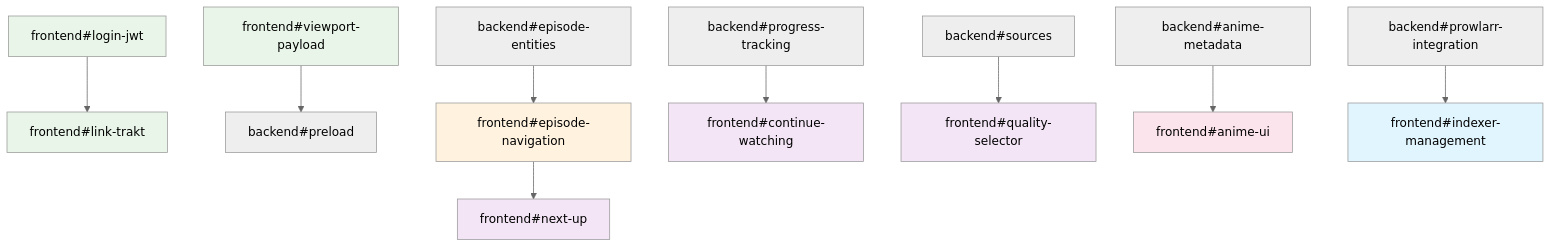
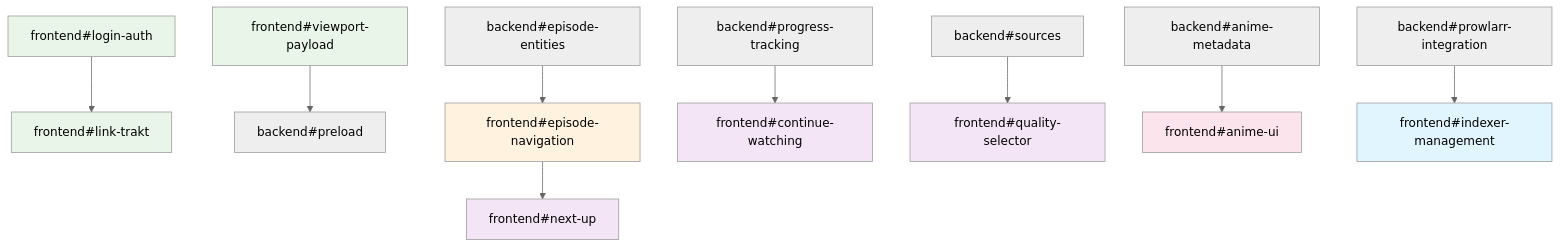
One commit to maury91/miauflix changed the diagram in todo/frontend-todos.md. Above: the diagram before and after it, drawn with Mermaid (neutral theme). The commit also changed other lines of this file and 33 other files, not shown here.

````diff
--- a/todo/frontend-todos.md
+++ b/todo/frontend-todos.md
@@ -551,30 +551,30 @@
 ```mermaid
 graph TD
     %% Priority 1
-    A[frontend#login-jwt] --> B[frontend#link-trakt]
+    A[frontend#login-auth] --> B[frontend#link-trakt]
     C[frontend#viewport-payload] --> D[backend#preload]
 
     %% Priority 2
     E[backend#episode-entities] --> F[frontend#episode-navigation]
 
     %% Priority 3
     G[backend#progress-tracking] --> H[frontend#continue-watching]
     I[backend#sources] --> J[frontend#quality-selector]
     F --> K[frontend#next-up]
 
     %% Priority 4
     L[backend#anime-metadata] --> M[frontend#anime-ui]
 
     %% Priority 6
     N[backend#prowlarr-integration] --> O[frontend#indexer-management]
 
     style A fill:#e8f5e8
     style B fill:#e8f5e8
     style C fill:#e8f5e8
     style F fill:#fff3e0
     style H fill:#f3e5f5
     style J fill:#f3e5f5
     style K fill:#f3e5f5
     style M fill:#fce4ec
     style O fill:#e1f5fe
 ```
````
